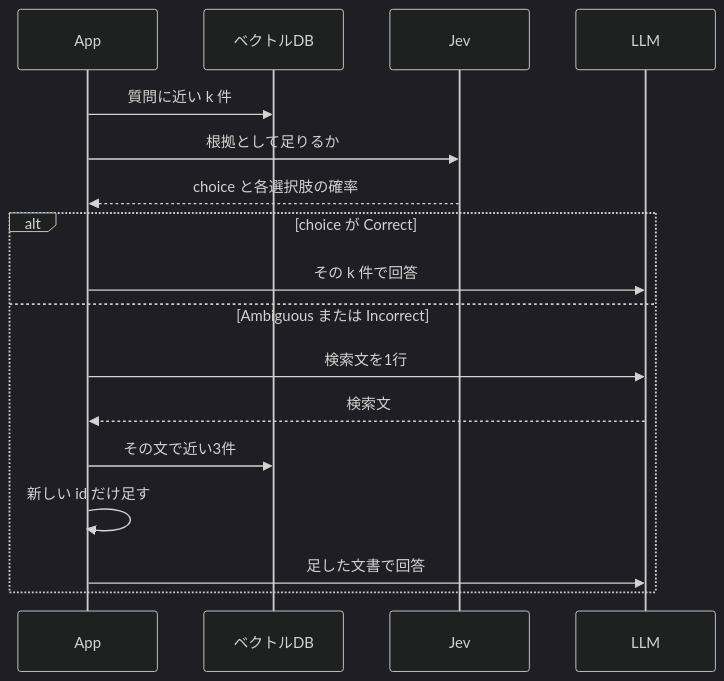
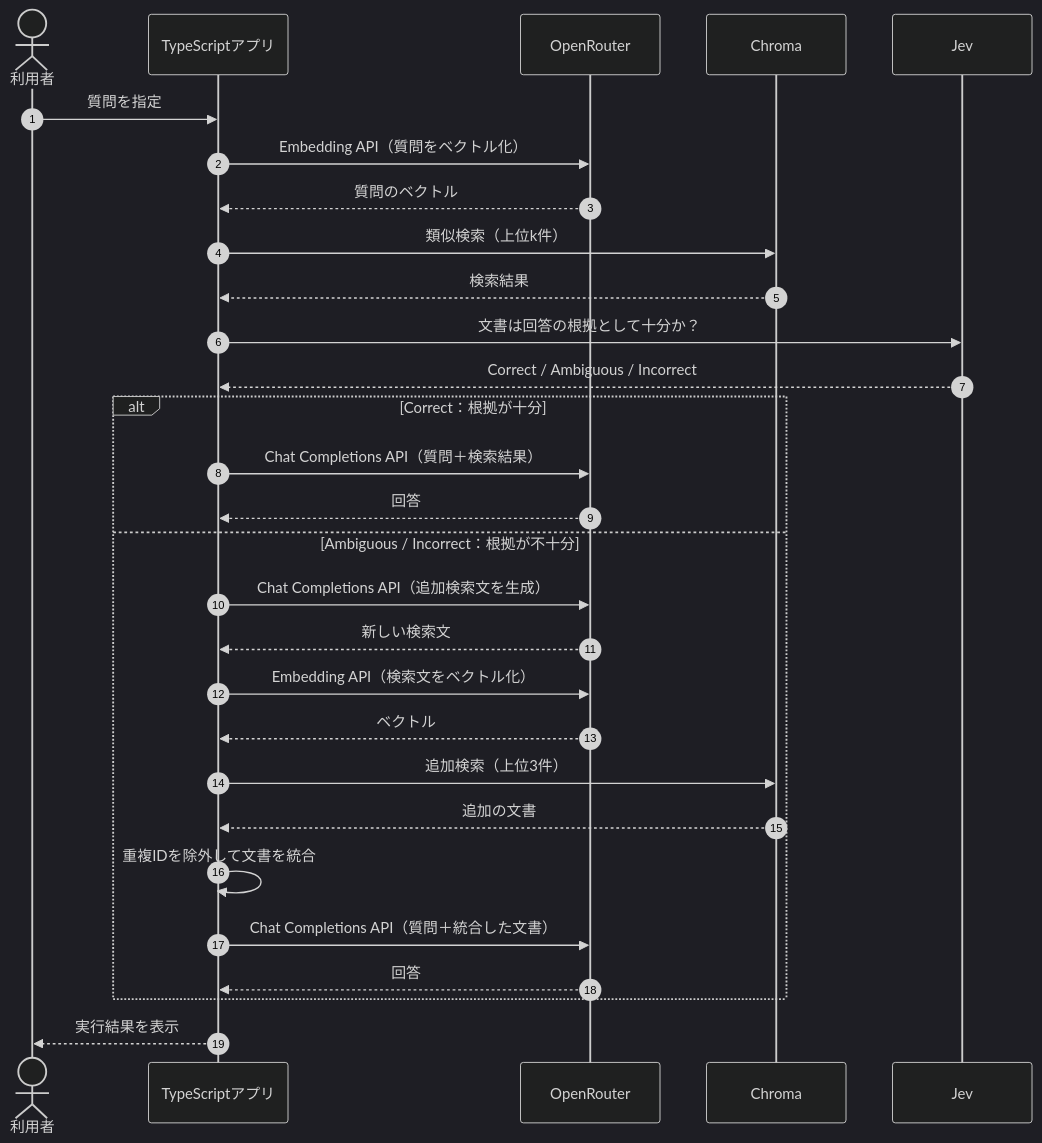
Before and after one commit to kouji0705/rag-study: the diagram in books/cd019af39edb03/11-retry.md, drawn with Mermaid (dark theme). The commit also changed other lines of this file and 18 other files, not shown here.

````diff
--- a/books/cd019af39edb03/11-retry.md
+++ b/books/cd019af39edb03/11-retry.md
@@ -25,19 +29,35 @@
-```mermaid
+```mermaid:
 sequenceDiagram
-    participant App
-    participant DB as ベクトルDB
-    participant Jev
-    participant LLM
-    App->>DB: 質問に近い k 件
-    App->>Jev: 根拠として足りるか
-    Jev-->>App: choice と各選択肢の確率
-    alt choice が Correct
-        App->>LLM: その k 件で回答
-    else Ambiguous または Incorrect
-        App->>LLM: 検索文を1行
-        LLM-->>App: 検索文
-        App->>DB: その文で近い3件
-        App->>App: 新しい id だけ足す
-        App->>LLM: 足した文書で回答
+    autonumber
+    actor User as 利用者
+    participant App as TypeScriptアプリ
+    participant OR as OpenRouter
+    participant DB as Chroma
+    participant Jev as Jev
+
+    User->>App: 質問を指定
+    App->>OR: Embedding API（質問をベクトル化）
+    OR-->>App: 質問のベクトル
+    App->>DB: 類似検索（上位k件）
+    DB-->>App: 検索結果
+
+    App->>Jev: 文書は回答の根拠として十分か？
+    Jev-->>App: Correct / Ambiguous / Incorrect
+
+    alt Correct：根拠が十分
+        App->>OR: Chat Completions API（質問＋検索結果）
+        OR-->>App: 回答
+    else Ambiguous / Incorrect：根拠が不十分
+        App->>OR: Chat Completions API（追加検索文を生成）
+        OR-->>App: 新しい検索文
+        App->>OR: Embedding API（検索文をベクトル化）
+        OR-->>App: ベクトル
+        App->>DB: 追加検索（上位3件）
+        DB-->>App: 追加の文書
+        App->>App: 重複IDを除外して文書を統合
+        App->>OR: Chat Completions API（質問＋統合した文書）
+        OR-->>App: 回答
     end
+
+    App-->>User: 実行結果を表示
 ```
````
